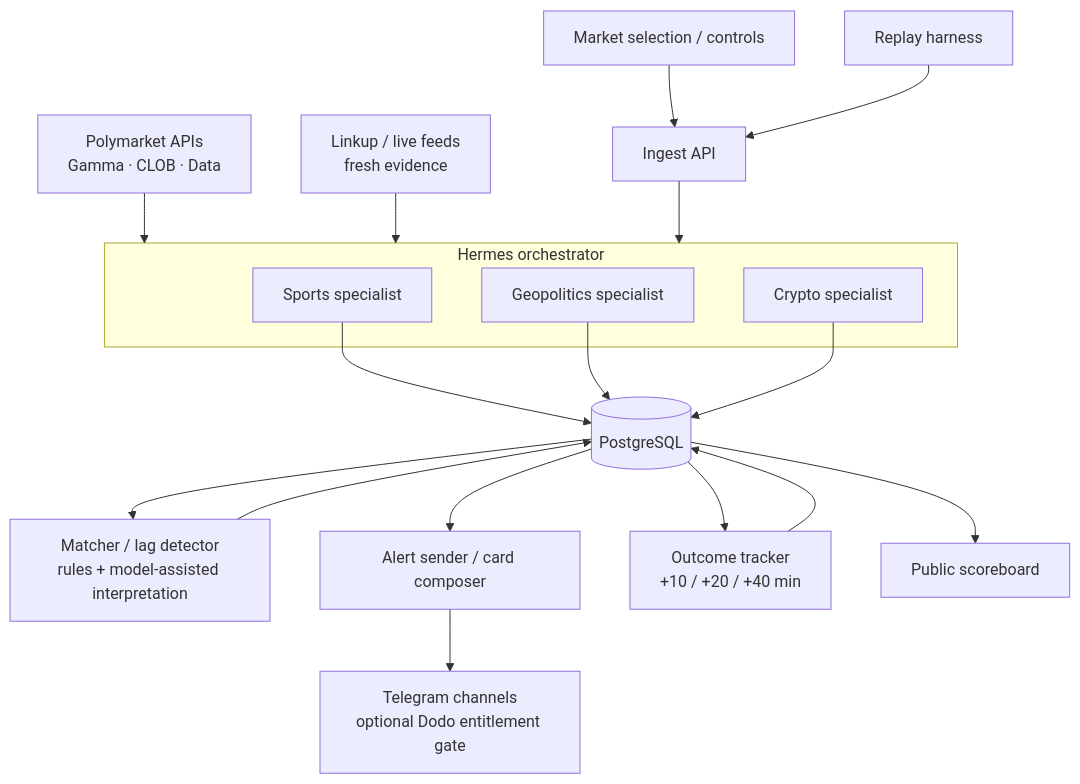
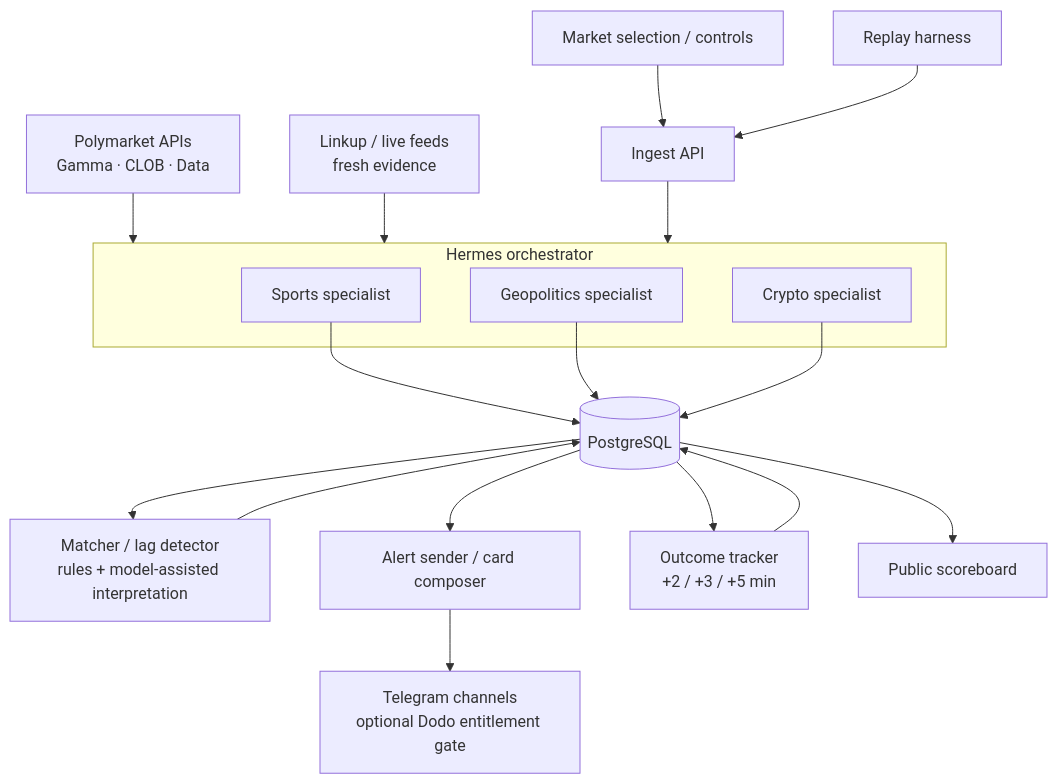
One commit to Mcverickk/money-scouts changed the diagram in docs/HERMES_MARKET_AGENT_CONTEXT.md. Above: the diagram before and after it, drawn with Mermaid. The commit also changed other lines of this file and 14 other files, not shown here.

First line of the commit message:
Implement outcome tracker with shortened +2/+3/+5 minute horizons

````diff
--- a/docs/HERMES_MARKET_AGENT_CONTEXT.md
+++ b/docs/HERMES_MARKET_AGENT_CONTEXT.md
@@ -11,25 +11,25 @@
 ```mermaid
 flowchart TD
     PM["Polymarket APIs<br/>Gamma · CLOB · Data"] --> H
     LU["Linkup / live feeds<br/>fresh evidence"] --> H
     UI["Market selection / controls"] --> API["Ingest API"] --> H
 
     subgraph H["Hermes orchestrator"]
       SW["Sports specialist"]
       GW["Geopolitics specialist"]
       CW["Crypto specialist"]
     end
 
     SW --> DB[(PostgreSQL)]
     GW --> DB
     CW --> DB
 
     DB --> M["Matcher / lag detector<br/>rules + model-assisted interpretation"]
     M --> DB
     DB --> A["Alert sender / card composer"]
     A --> TG["Telegram channels<br/>optional Dodo entitlement gate"]
-    DB --> T["Outcome tracker<br/>+10 / +20 / +40 min"]
+    DB --> T["Outcome tracker<br/>+2 / +3 / +5 min"]
     T --> DB
     DB --> S["Public scoreboard"]
     R["Replay harness"] --> API
 ```
````
